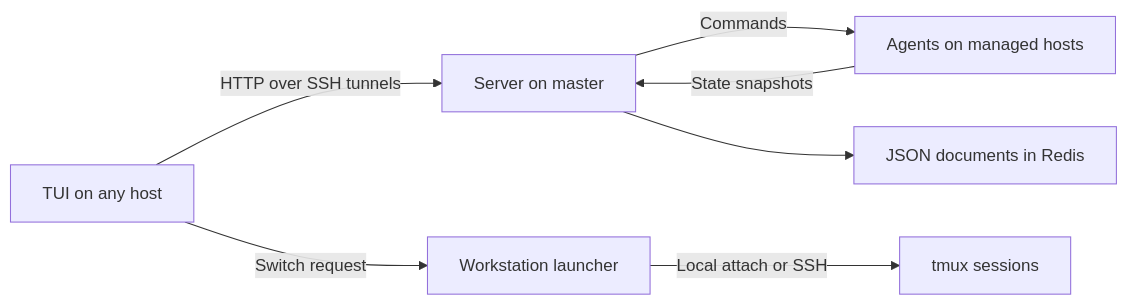
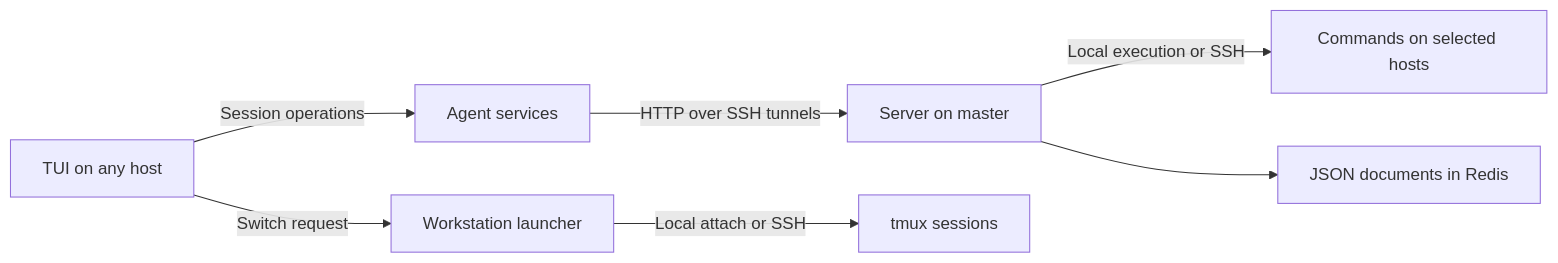
Before and after one commit to dzhiblavi/multienv: the diagram in docs/architecture.md, drawn with Mermaid. The commit also changed other lines of this file and 5 other files, not shown here.

````diff
--- a/docs/architecture.md
+++ b/docs/architecture.md
@@ -3,9 +3,9 @@
 ```mermaid
 flowchart LR
-    TUI["TUI on any host"] -->|HTTP over SSH tunnels| Server["Server on master"]
-    Server -->|Commands| Agents["Agents on managed hosts"]
-    Agents -->|"State snapshots"| Server
+    TUI["TUI on any host"] -->|Session operations| Agent["Agent services"]
+    Agent -->|HTTP over SSH tunnels| Server["Server on master"]
+    Server -->|Local execution or SSH| Commands["Commands on selected hosts"]
     Server --> Redis["JSON documents in Redis"]
     TUI -->|Switch request| Launcher["Workstation launcher"]
     Launcher -->|Local attach or SSH| Sessions["tmux sessions"]
 ```
````
